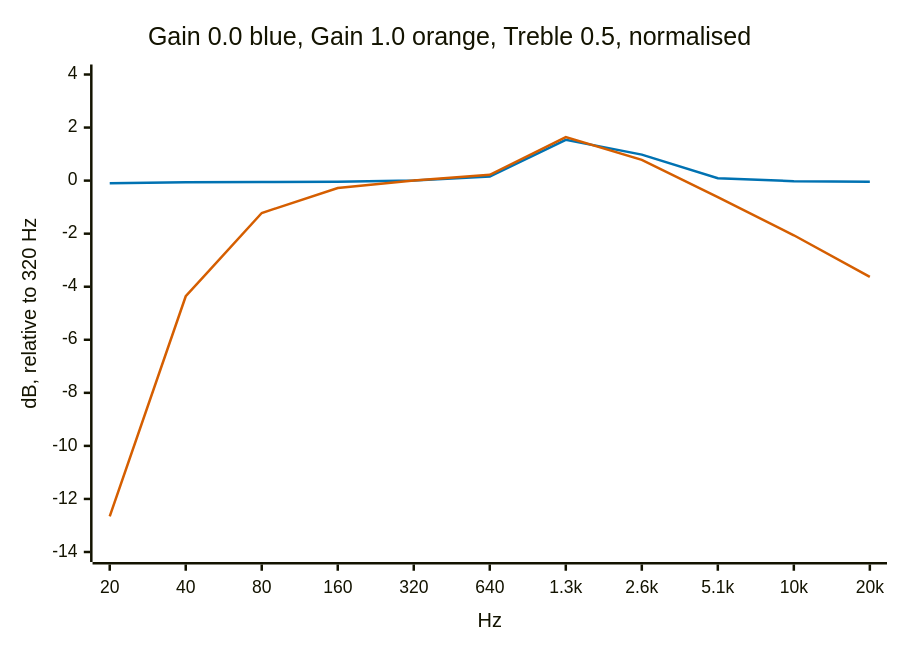
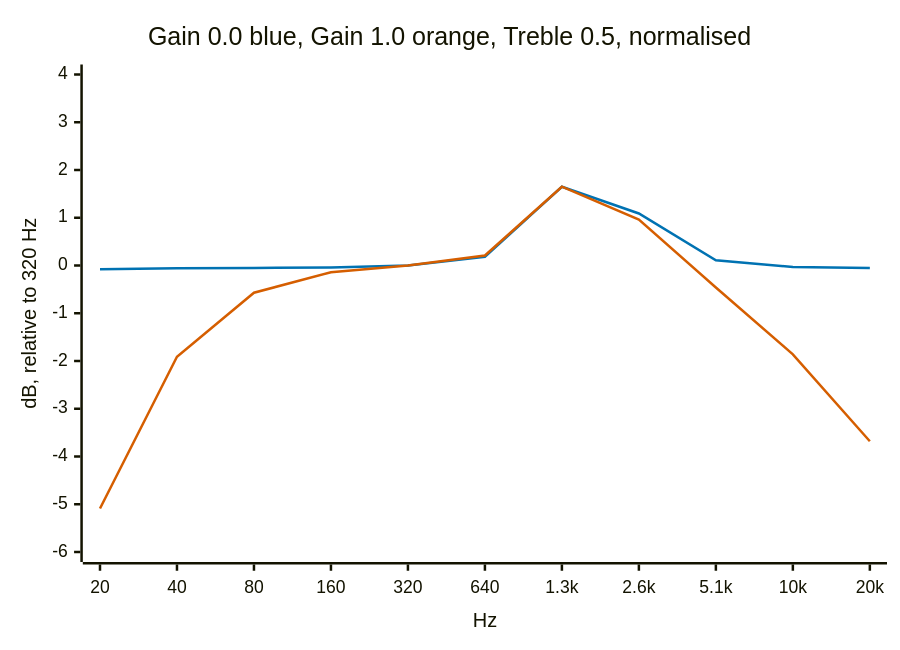
Before and after one commit to torvalds/GuitarPedal: the fourth of 4 diagrams in Documentation/effects/klon.md, drawn with Mermaid. The commit also changed other lines of this file and 1 other file, not shown here.

````diff
--- a/Documentation/effects/klon.md
+++ b/Documentation/effects/klon.md
@@ -89,9 +89,9 @@
 ```mermaid
 %%{init: {'themeVariables': {'xyChart': {'plotColorPalette': '#0072b2, #d55e00'}}}}%%
 xychart-beta
     title "Gain 0.0 blue, Gain 1.0 orange, Treble 0.5, normalised"
     x-axis "Hz" [20, 40, 80, 160, 320, 640, "1.3k", "2.6k", "5.1k", "10k", "20k"]
-    y-axis "dB, relative to 320 Hz" -14 --> 4
-    line [-0.1, -0.06, -0.05, -0.04, 0.0, 0.15, 1.54, 0.98, 0.09, -0.02, -0.04]
-    line [-12.66, -4.36, -1.22, -0.28, 0.0, 0.22, 1.64, 0.78, -0.62, -2.06, -3.63]
+    y-axis "dB, relative to 320 Hz" -6 --> 4
+    line [-0.08, -0.06, -0.05, -0.04, 0.0, 0.18, 1.65, 1.09, 0.11, -0.03, -0.05]
+    line [-5.09, -1.91, -0.57, -0.14, 0.0, 0.21, 1.65, 0.96, -0.46, -1.86, -3.68]
 ```
````
